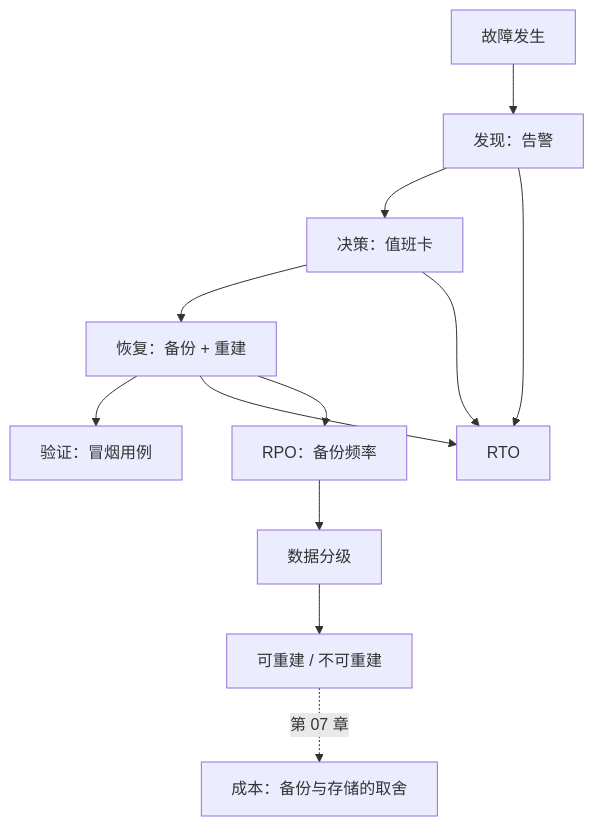
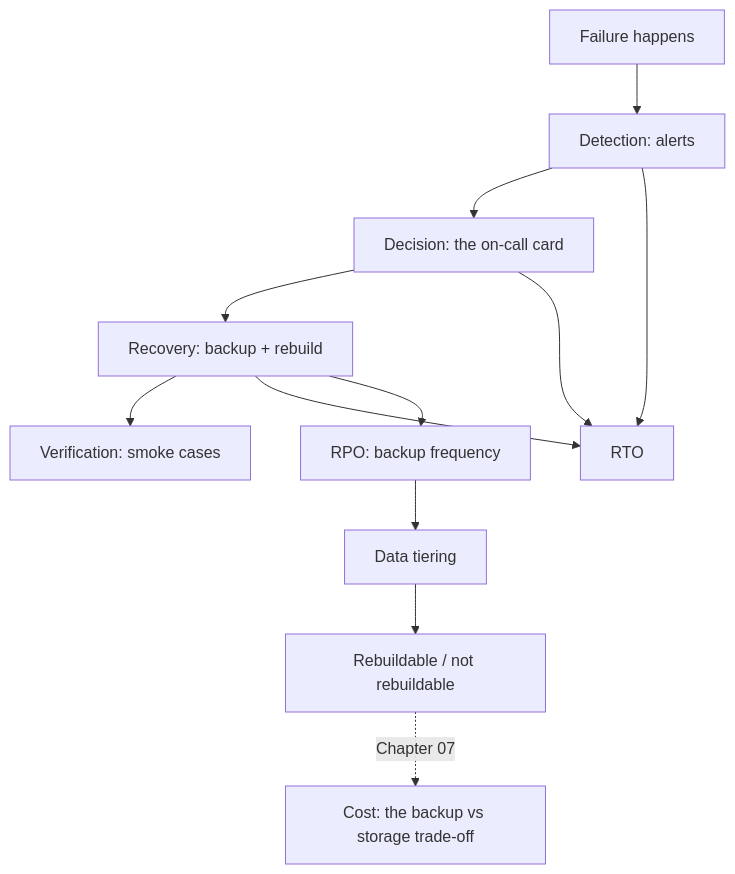
The second of 2 diagrams in phase5/chapters/ch06-disaster-recovery.md (xzlxiao/vibe-coding-textbook), drawn with Mermaid before and after one commit. The commit also changed other lines of this file and 10 other files, not shown here.

````diff
--- a/phase5/chapters/ch06-disaster-recovery.md
+++ b/phase5/chapters/ch06-disaster-recovery.md
@@ -205,14 +205,14 @@
 ```mermaid
 flowchart TD
-    A["故障发生"] --> B["发现：告警"]
-    B --> C["决策：值班卡"]
-    C --> D["恢复：备份 + 重建"]
-    D --> E["验证：冒烟用例"]
+    A["Failure happens"] --> B["Detection: alerts"]
+    B --> C["Decision: the on-call card"]
+    C --> D["Recovery: backup + rebuild"]
+    D --> E["Verification: smoke cases"]
     B --> F["RTO"]
     C --> F
     D --> F
-    D --> G["RPO：备份频率"]
-    G --> H["数据分级"]
-    H --> I["可重建 / 不可重建"]
-    I -.->|"第 07 章"| J["成本：备份与存储的取舍"]
+    D --> G["RPO: backup frequency"]
+    G --> H["Data tiering"]
+    H --> I["Rebuildable / not rebuildable"]
+    I -.->|"Chapter 07"| J["Cost: the backup vs storage trade-off"]
 ```
````
